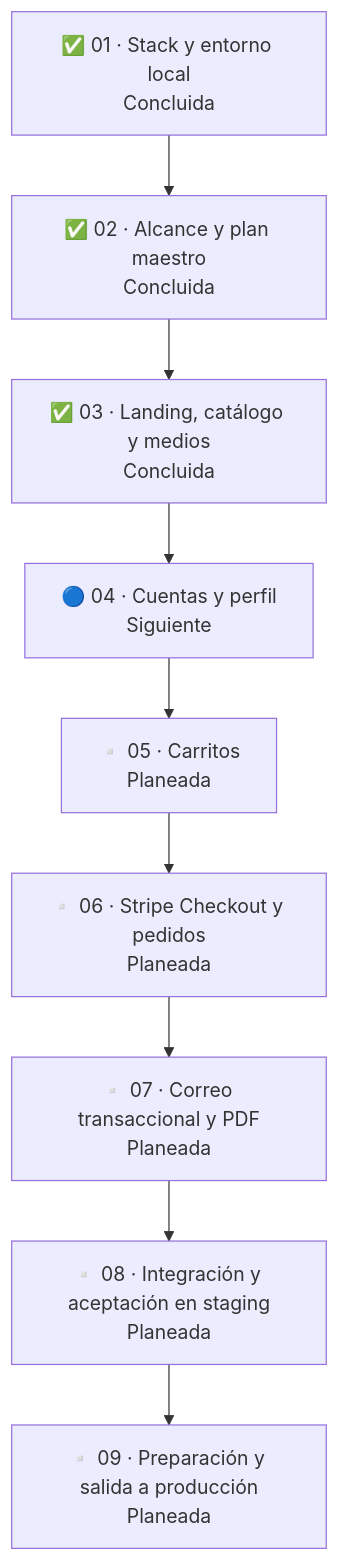
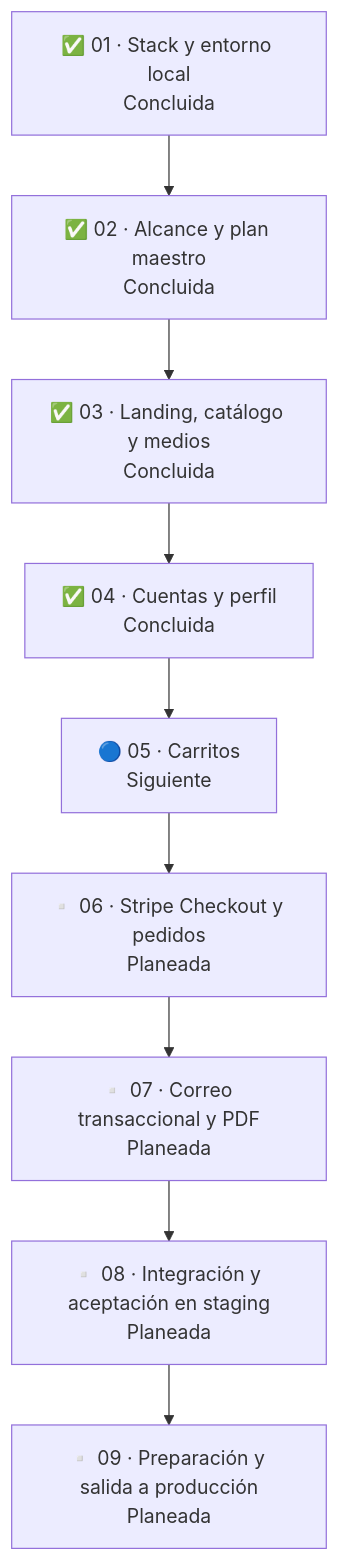
The diagram in docs/ROADMAP.md (sadamlg/sr_del_mictlan_mezcal), drawn with Mermaid before and after one commit. The commit also changed other lines of this file and 32 other files, not shown here.

````diff
--- a/docs/ROADMAP.md
+++ b/docs/ROADMAP.md
@@ -7,11 +7,11 @@
 ```mermaid
 flowchart TB
     p01["✅ 01 · Stack y entorno local<br/>Concluida"] --> p02["✅ 02 · Alcance y plan maestro<br/>Concluida"]
     p02 --> p03["✅ 03 · Landing, catálogo y medios<br/>Concluida"]
-    p03 --> p04["🔵 04 · Cuentas y perfil<br/>Siguiente"]
-    p04 --> p05["▫️ 05 · Carritos<br/>Planeada"]
+    p03 --> p04["✅ 04 · Cuentas y perfil<br/>Concluida"]
+    p04 --> p05["🔵 05 · Carritos<br/>Siguiente"]
     p05 --> p06["▫️ 06 · Stripe Checkout y pedidos<br/>Planeada"]
     p06 --> p07["▫️ 07 · Correo transaccional y PDF<br/>Planeada"]
     p07 --> p08["▫️ 08 · Integración y aceptación en staging<br/>Planeada"]
     p08 --> p09["▫️ 09 · Preparación y salida a producción<br/>Planeada"]
 ```
````
